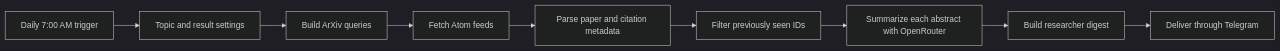
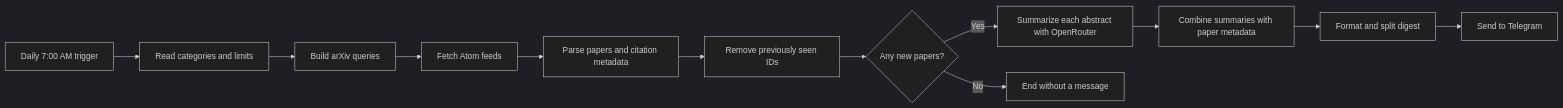
The diagram in README.md (NarendraM45/PaperpulseAI), drawn with Mermaid (dark theme) before and after one commit. The commit also changed other lines of this file, not shown here.

Commit message:
Polish PaperPulse AI README

````diff
--- a/README.md
+++ b/README.md
@@ -19,11 +44,14 @@
-```mermaid
+~~~mermaid
 flowchart LR
-    A[Daily 7:00 AM trigger] --> B[Topic and result settings]
-    B --> C[Build ArXiv queries]
+    A[Daily 7:00 AM trigger] --> B[Read categories and limits]
+    B --> C[Build arXiv queries]
     C --> D[Fetch Atom feeds]
-    D --> E[Parse paper and citation metadata]
-    E --> F[Filter previously seen IDs]
-    F --> G[Summarize each abstract with OpenRouter]
-    G --> H[Build researcher digest]
-    H --> I[Deliver through Telegram]
-```
+    D --> E[Parse papers and citation metadata]
+    E --> F[Remove previously seen IDs]
+    F --> G{Any new papers?}
+    G -- Yes --> H[Summarize each abstract with OpenRouter]
+    H --> I[Combine summaries with paper metadata]
+    I --> J[Format and split digest]
+    J --> K[Send to Telegram]
+    G -- No --> L[End without a message]
+~~~
````
